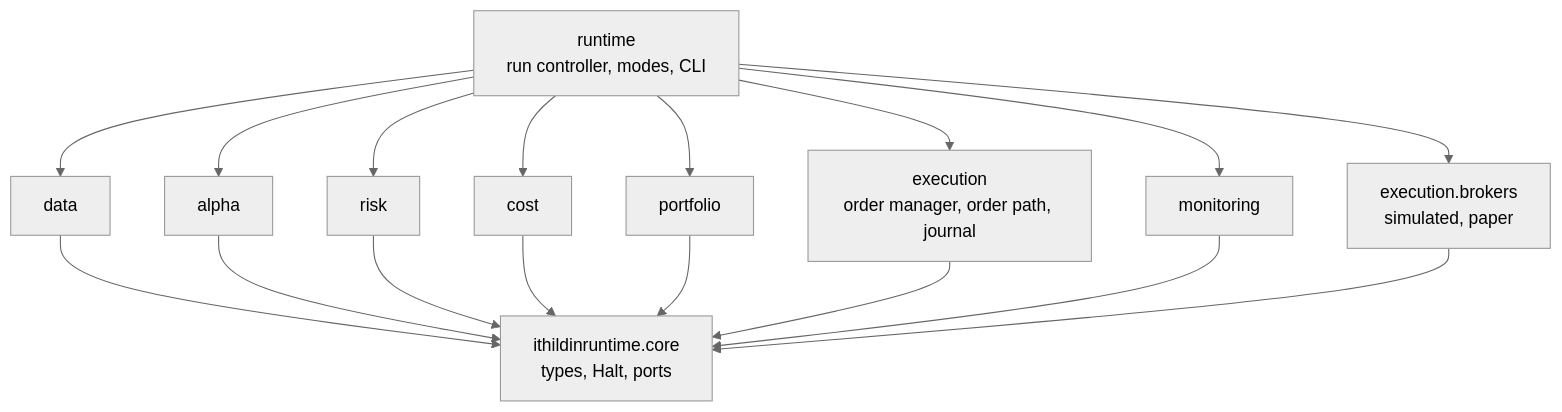
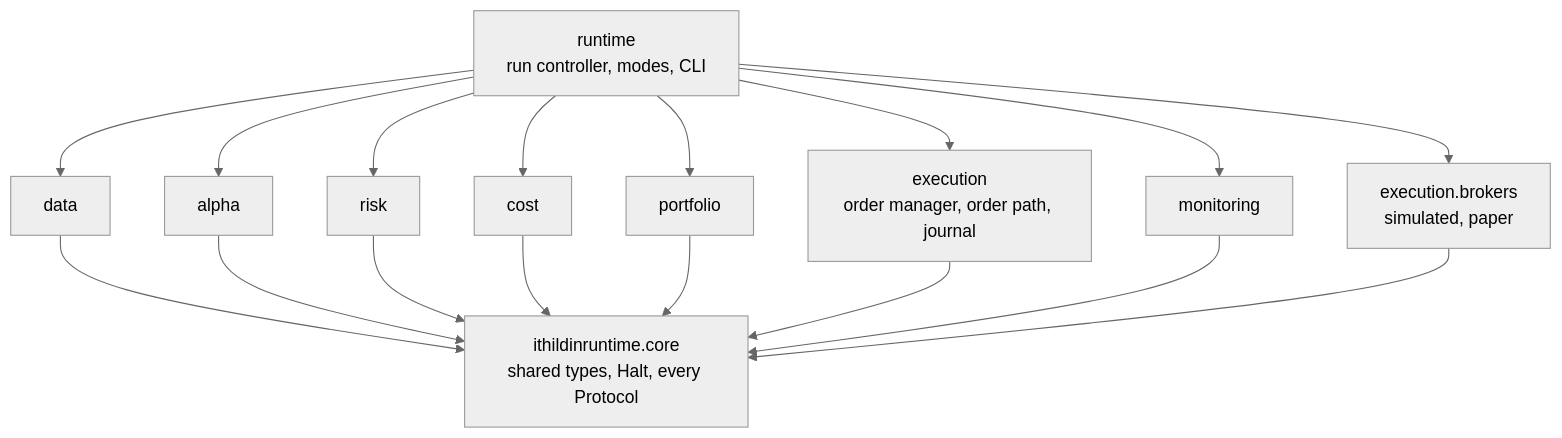
One commit to l3a0/ithildin-runtime changed diagram 16 of 16 in docs/architecture.md. Above: the diagram before and after it, drawn with Mermaid (neutral theme). The commit also changed other lines of this file, not shown here.

First line of the commit message:
docs(architecture): apply the review's verified findings

````diff
--- a/docs/architecture.md
+++ b/docs/architecture.md
@@ -764,30 +976,30 @@
 ```mermaid
 flowchart TB
-    core["ithildinruntime.core<br/>types, Halt, ports"]
+    core["ithildinruntime.core<br/>shared types, Halt, every Protocol"]
     data["data"]
     alpha["alpha"]
     risk["risk"]
     cost["cost"]
     portfolio["portfolio"]
     execution["execution<br/>order manager, order path, journal"]
     brokers["execution.brokers<br/>simulated, paper"]
     monitoring["monitoring"]
     runtime["runtime<br/>run controller, modes, CLI"]
 
     data --> core
     alpha --> core
     risk --> core
     cost --> core
     portfolio --> core
     execution --> core
     monitoring --> core
     brokers --> core
     runtime --> data
     runtime --> alpha
     runtime --> risk
     runtime --> cost
     runtime --> portfolio
     runtime --> execution
     runtime --> brokers
     runtime --> monitoring
 ```
````
